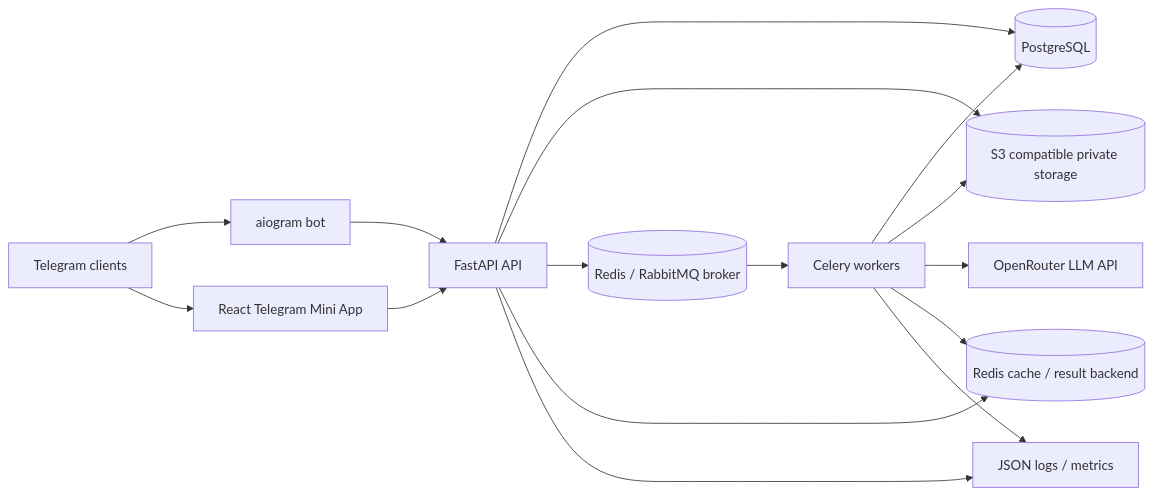
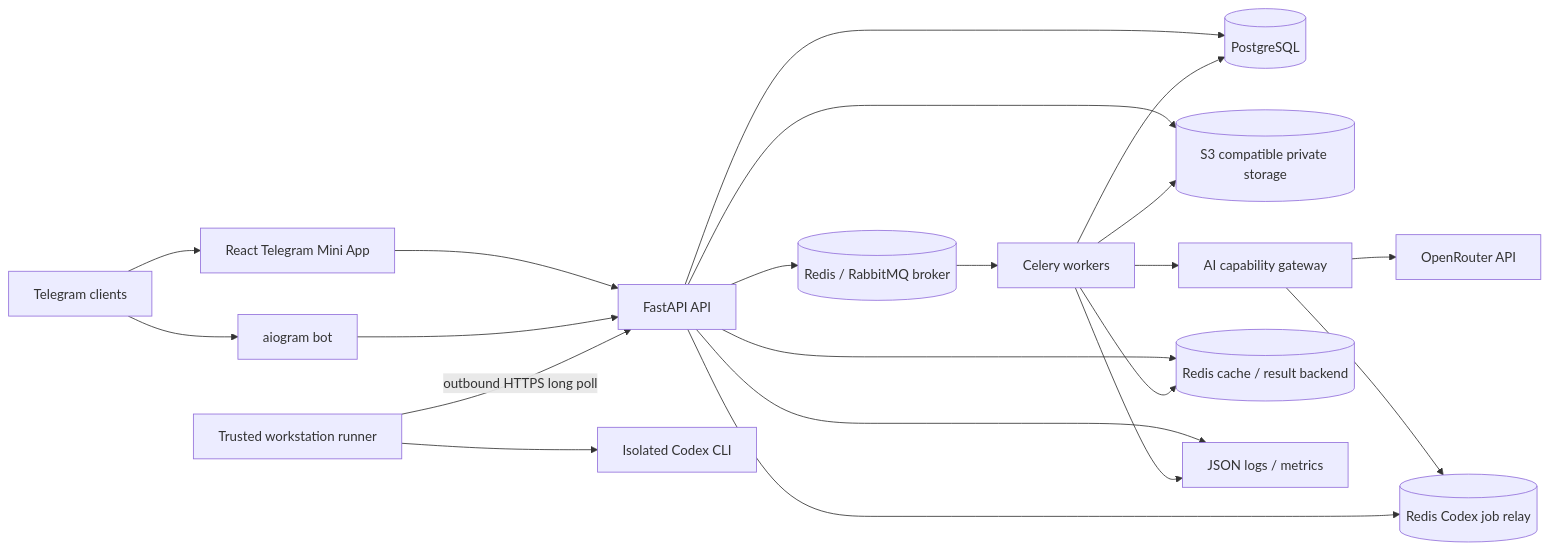
Before and after one commit to daniil-novel/AI_Wardrobe_Tg_Bot: the first of 3 diagrams in docs/architecture.md, drawn with Mermaid. The commit also changed other lines of this file and 79 other files, not shown here.

Commit message:
feat: add commercial wardrobe flows and local Codex runner

````diff
--- a/docs/architecture.md
+++ b/docs/architecture.md
@@ -5,18 +5,23 @@
 ```mermaid
 flowchart LR
     tg[Telegram clients] --> bot[aiogram bot]
     tg --> mini[React Telegram Mini App]
     mini --> api[FastAPI API]
     bot --> api
     api --> pg[(PostgreSQL)]
     api --> s3[(S3 compatible private storage)]
     api --> broker[(Redis / RabbitMQ broker)]
     broker --> worker[Celery workers]
     worker --> pg
     worker --> s3
-    worker --> openrouter[OpenRouter LLM API]
+    worker --> gateway[AI capability gateway]
+    gateway --> openrouter[OpenRouter API]
+    gateway --> relay[(Redis Codex job relay)]
+    local[Trusted workstation runner] -->|outbound HTTPS long poll| api
+    local --> codex[Isolated Codex CLI]
+    api --> relay
     api --> redis[(Redis cache / result backend)]
     worker --> redis
     api --> logs[JSON logs / metrics]
     worker --> logs
 ```
````
